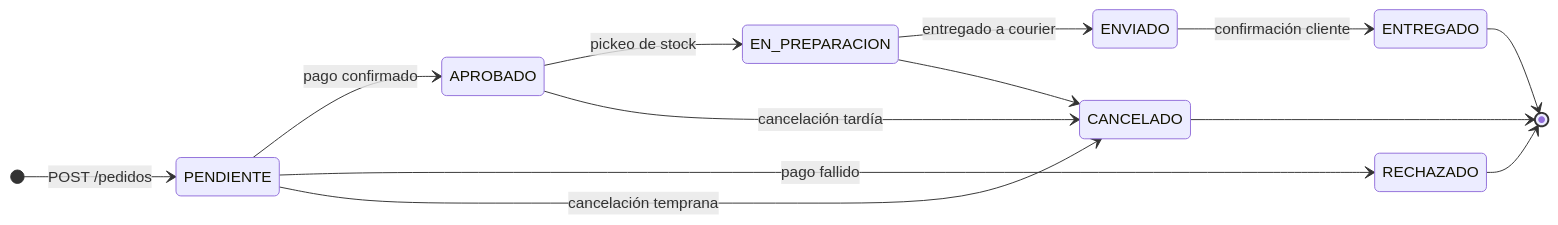
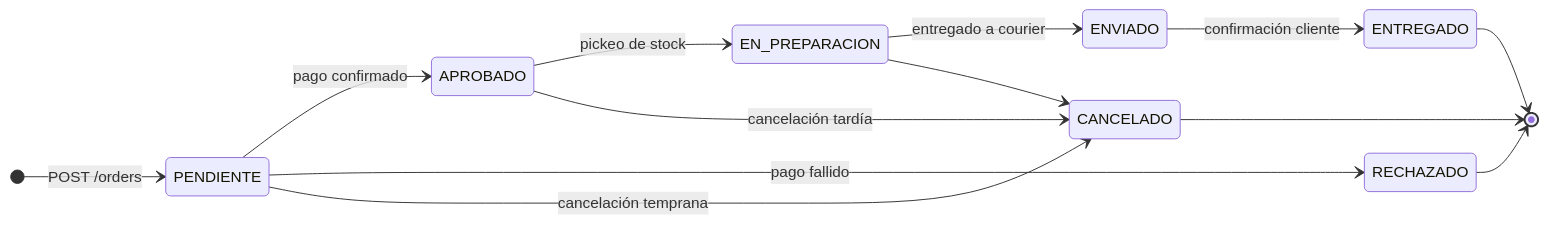
Before and after one commit to smartLogixfs/smartlogixs: the second of 3 diagrams in backend/ms-order/README.md, drawn with Mermaid. The commit also changed other lines of this file and 8 other files, not shown here.

````diff
--- a/backend/ms-order/README.md
+++ b/backend/ms-order/README.md
@@ -82,16 +102,16 @@
 ```mermaid
 stateDiagram-v2
     direction LR
-    [*] --> PENDIENTE : POST /pedidos
+    [*] --> PENDIENTE : POST /orders
     PENDIENTE --> APROBADO : pago confirmado
     PENDIENTE --> RECHAZADO : pago fallido
     PENDIENTE --> CANCELADO : cancelación temprana
     APROBADO --> EN_PREPARACION : pickeo de stock
     APROBADO --> CANCELADO : cancelación tardía
     EN_PREPARACION --> ENVIADO : entregado a courier
     EN_PREPARACION --> CANCELADO
     ENVIADO --> ENTREGADO : confirmación cliente
     RECHAZADO --> [*]
     ENTREGADO --> [*]
     CANCELADO --> [*]
 ```
````
